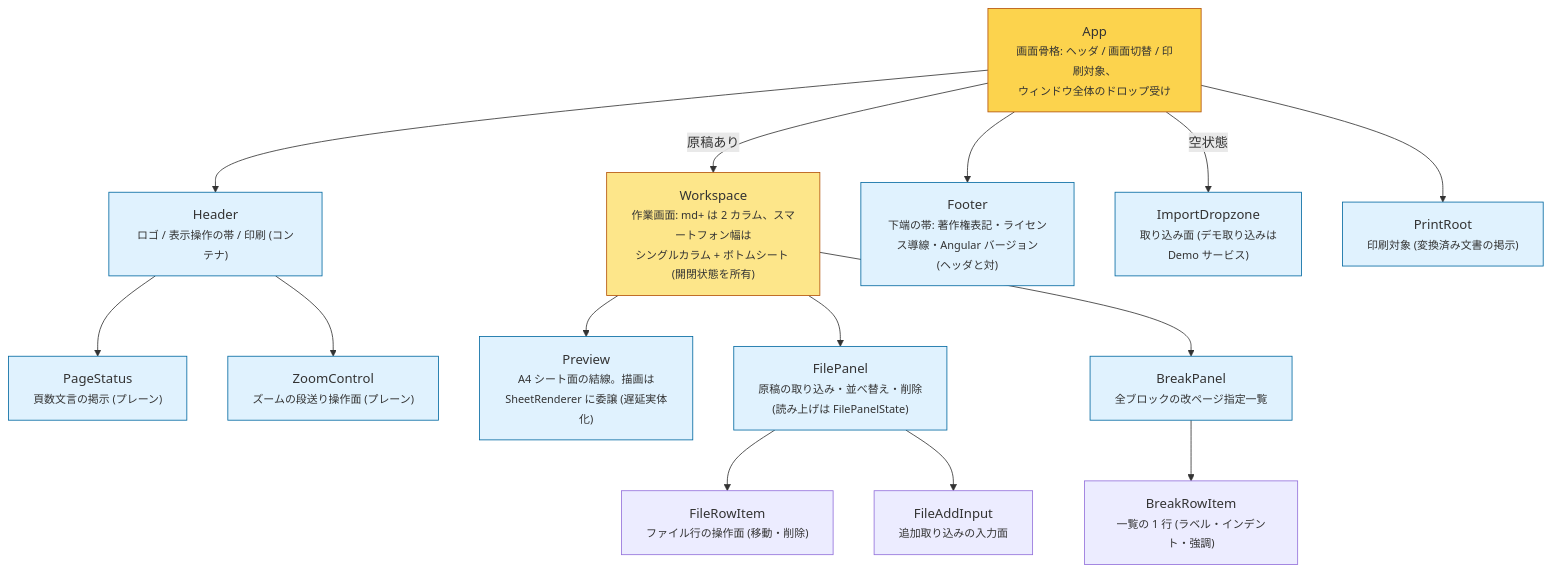
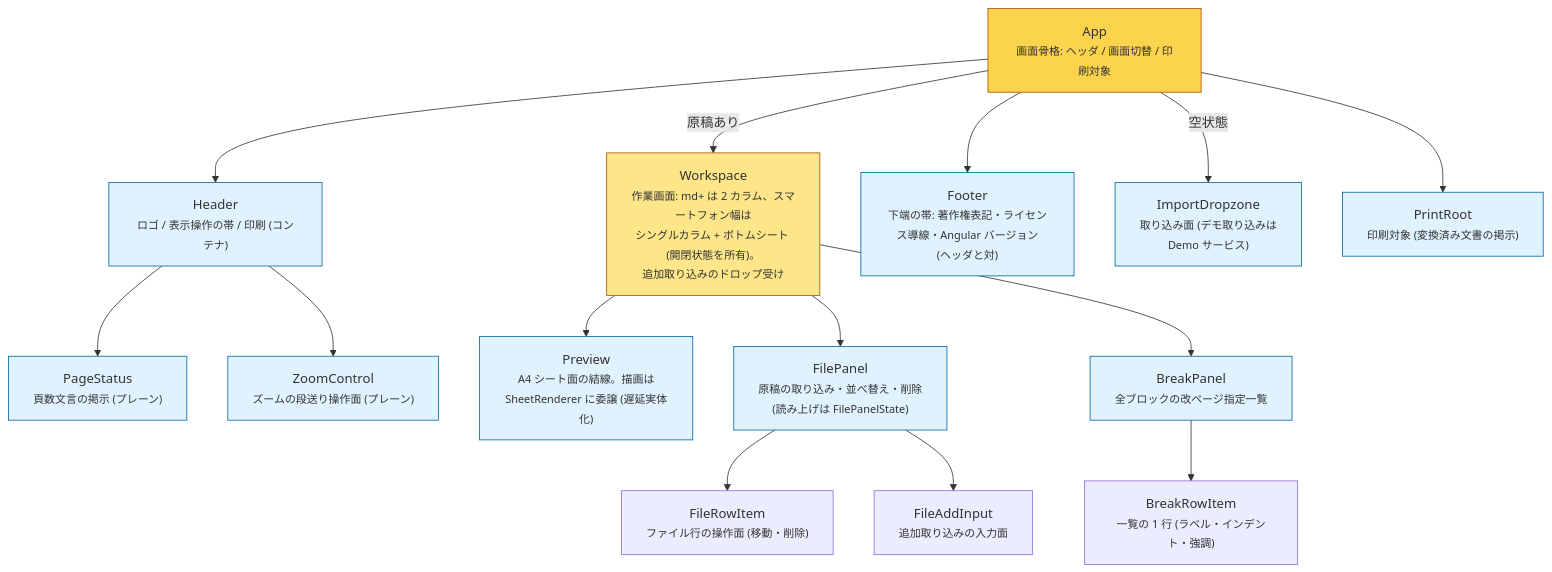
One commit to lacolaco/printmd changed the diagram in docs/component-tree.md. Above: the diagram before and after it, drawn with Mermaid. The commit also changed 6 other files, not shown here.

````diff
--- a/docs/component-tree.md
+++ b/docs/component-tree.md
@@ -6,38 +6,38 @@
 ```mermaid
 flowchart TB
-  APP["App<br/><small>画面骨格: ヘッダ / 画面切替 / 印刷対象、<br/>ウィンドウ全体のドロップ受け</small>"]
+  APP["App<br/><small>画面骨格: ヘッダ / 画面切替 / 印刷対象</small>"]
   HEADER["Header<br/><small>ロゴ / 表示操作の帯 / 印刷 (コンテナ)</small>"]
   STATUS["PageStatus<br/><small>頁数文言の掲示 (プレーン)</small>"]
   ZOOMC["ZoomControl<br/><small>ズームの段送り操作面 (プレーン)</small>"]
-  WS["Workspace<br/><small>作業画面: md+ は 2 カラム、スマートフォン幅は<br/>シングルカラム + ボトムシート (開閉状態を所有)</small>"]
+  WS["Workspace<br/><small>作業画面: md+ は 2 カラム、スマートフォン幅は<br/>シングルカラム + ボトムシート (開閉状態を所有)。<br/>追加取り込みのドロップ受け</small>"]
   PREVIEW["Preview<br/><small>A4 シート面の結線。描画は<br/>SheetRenderer に委譲 (遅延実体化)</small>"]
   FILEP["FilePanel<br/><small>原稿の取り込み・並べ替え・削除<br/>(読み上げは FilePanelState)</small>"]
   BREAKP["BreakPanel<br/><small>全ブロックの改ページ指定一覧</small>"]
   BREAKROW["BreakRowItem<br/><small>一覧の 1 行 (ラベル・インデント・強調)</small>"]
   FILEROW["FileRowItem<br/><small>ファイル行の操作面 (移動・削除)</small>"]
   FILEADD["FileAddInput<br/><small>追加取り込みの入力面</small>"]
   FOOTER["Footer<br/><small>下端の帯: 著作権表記・ライセンス導線・Angular バージョン<br/>(ヘッダと対)</small>"]
   DROP["ImportDropzone<br/><small>取り込み面 (デモ取り込みは<br/>Demo サービス)</small>"]
   PRINT["PrintRoot<br/><small>印刷対象 (変換済み文書の掲示)</small>"]
 
   APP --> HEADER
   HEADER --> STATUS
   HEADER --> ZOOMC
   APP --> FOOTER
   APP -->|"原稿あり"| WS
   APP -->|"空状態"| DROP
   APP --> PRINT
   WS --> PREVIEW
   WS --> FILEP
   WS --> BREAKP
   BREAKP --> BREAKROW
   FILEP --> FILEROW
   FILEP --> FILEADD
 
   classDef shell fill:#fcd34d,stroke:#b45309
   classDef layout fill:#fde68a,stroke:#b45309
   classDef leaf fill:#e0f2fe,stroke:#0369a1
   class APP shell
   class WS layout
   class HEADER,STATUS,ZOOMC,PREVIEW,FILEP,BREAKP,FOOTER,DROP,PRINT leaf
 ```
````
